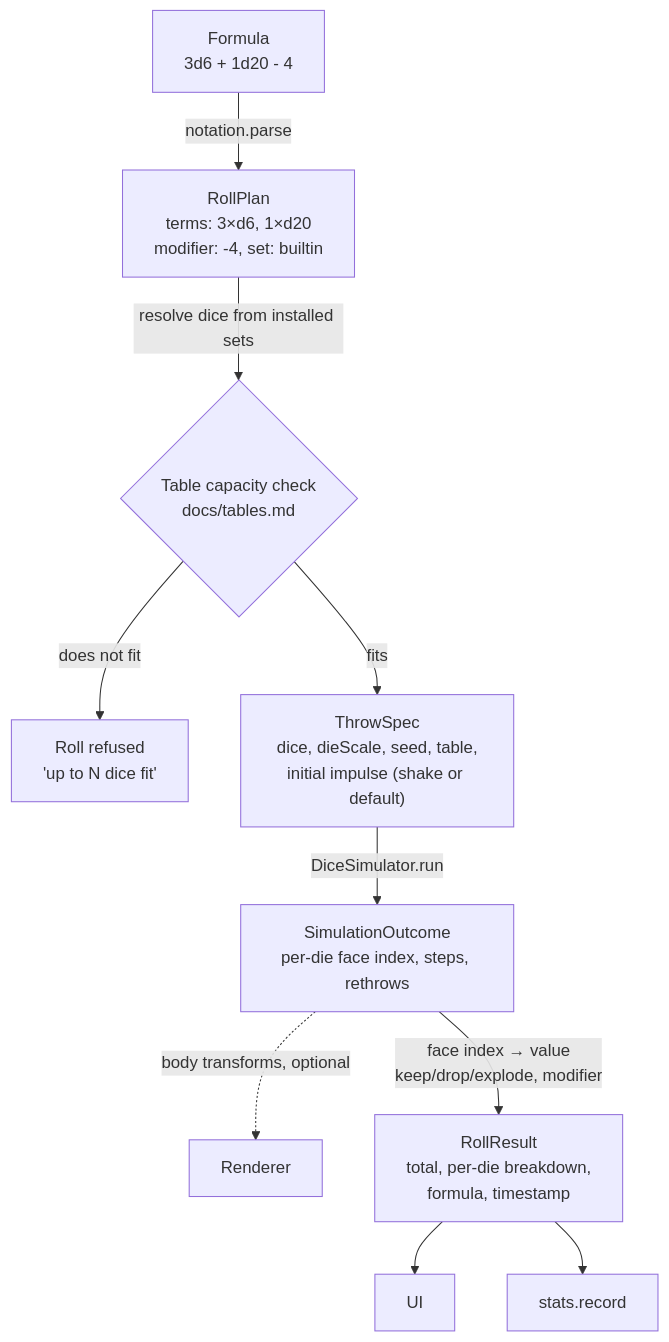
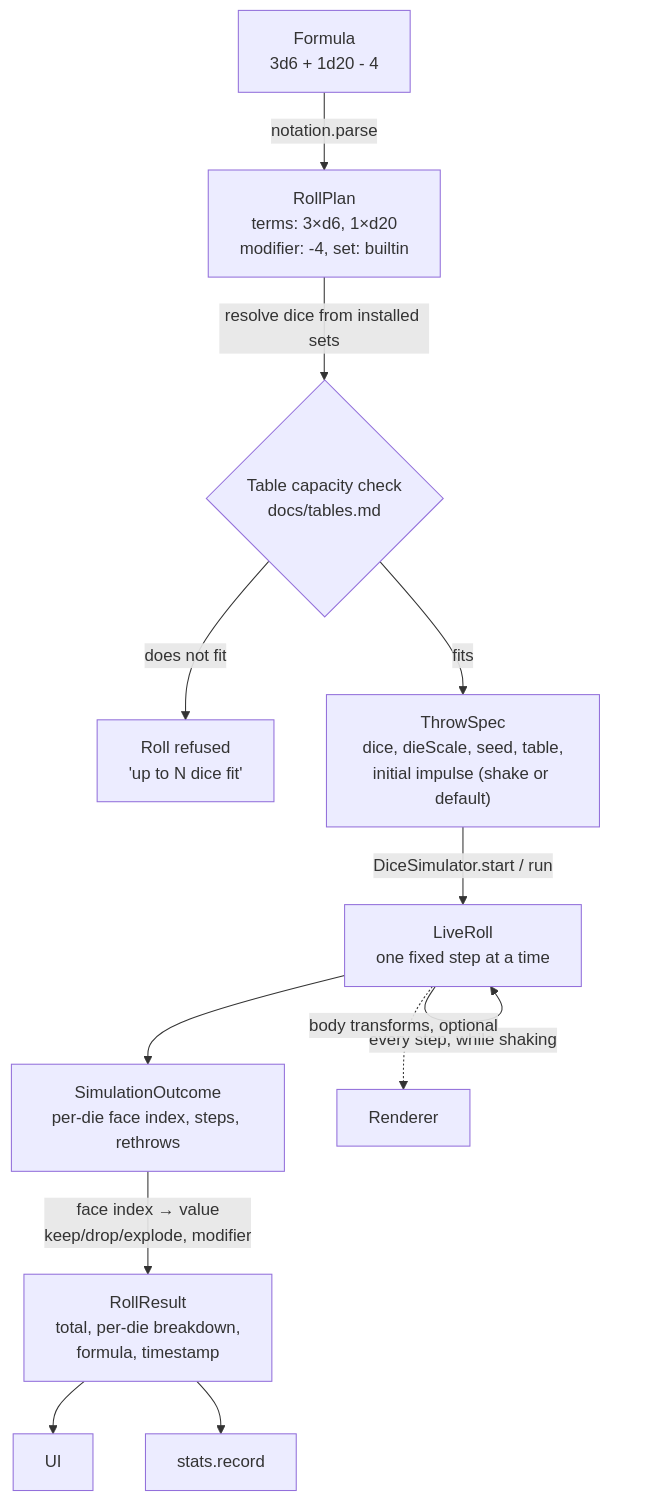
One commit to drehtuer/dInfinityApp changed the diagram in docs/architecture.md. Above: the diagram before and after it, drawn with Mermaid. The commit also changed other lines of this file and 3 other files, not shown here.

````diff
--- a/docs/architecture.md
+++ b/docs/architecture.md
@@ -99,12 +99,14 @@
 ```mermaid
 flowchart TD
     F["Formula<br/>3d6 + 1d20 - 4"] -->|notation.parse| P["RollPlan<br/>terms: 3×d6, 1×d20<br/>modifier: -4, set: builtin"]
     P -->|resolve dice from installed sets| C{Table capacity check<br/>docs/tables.md}
     C -->|does not fit| R["Roll refused<br/>'up to N dice fit'"]
     C -->|fits| T["ThrowSpec<br/>dice, dieScale, seed, table,<br/>initial impulse (shake or default)"]
-    T -->|DiceSimulator.run| S["SimulationOutcome<br/>per-die face index, steps, rethrows"]
-    S -.->|body transforms, optional| V[Renderer]
+    T -->|"DiceSimulator.start / run"| L["LiveRoll<br/>one fixed step at a time"]
+    L -->|"every step, while shaking"| L
+    L --> S["SimulationOutcome<br/>per-die face index, steps, rethrows"]
+    L -.->|body transforms, optional| V[Renderer]
     S -->|face index → value<br/>keep/drop/explode, modifier| O["RollResult<br/>total, per-die breakdown,<br/>formula, timestamp"]
     O --> UI[UI]
     O --> ST[stats.record]
 ```
````
